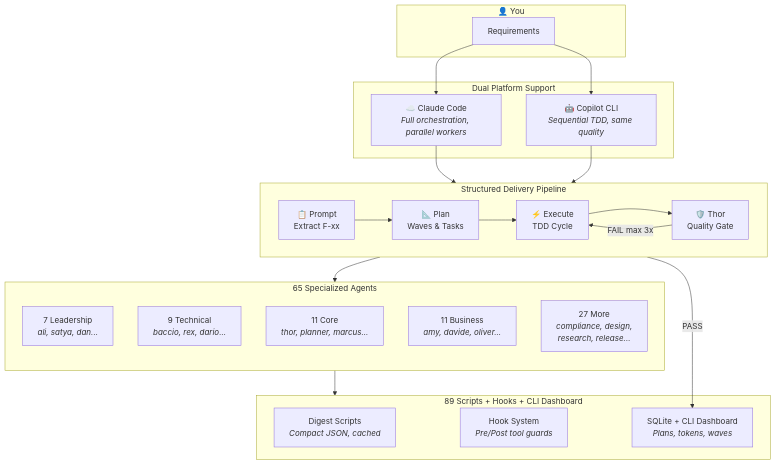
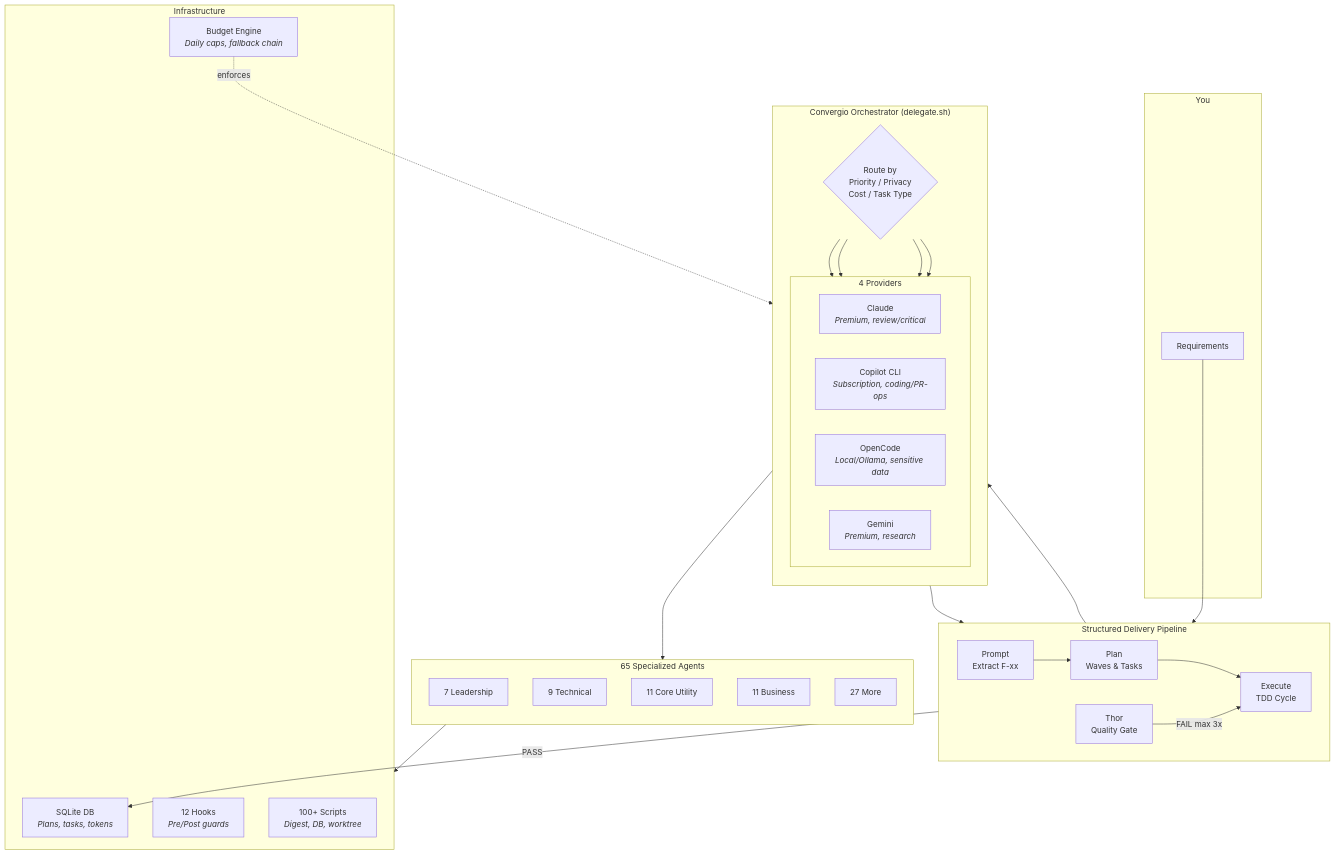
Before and after one commit to Roberdan/MyConvergio: the first of 7 diagrams in README.md, drawn with Mermaid. The commit also changed other lines of this file and 57 other files, not shown here.

First line of the commit message:
feat: Convergio Orchestrator v1 - multi-provider intelligent delegation

````diff
--- a/README.md
+++ b/README.md
@@ -132,41 +129,52 @@
 ```mermaid
 graph TB
-    subgraph USER["👤 You"]
+    subgraph USER["You"]
         REQ[Requirements]
     end
 
-    subgraph PLATFORMS["Dual Platform Support"]
-        CC["☁️ Claude Code<br/><i>Full orchestration, parallel workers</i>"]
-        COP["🤖 Copilot CLI<br/><i>Sequential TDD, same quality</i>"]
+    subgraph PIPELINE["Structured Delivery Pipeline"]
+        direction LR
+        P["Prompt<br/>Extract F-xx"]
+        PL["Plan<br/>Waves & Tasks"]
+        EX["Execute<br/>TDD Cycle"]
+        TH["Thor<br/>Quality Gate"]
     end
 
-    subgraph WORKFLOW["Structured Delivery Pipeline"]
-        direction LR
-        P["📋 Prompt<br/>Extract F-xx"]
-        PL["📐 Plan<br/>Waves & Tasks"]
-        EX["⚡ Execute<br/>TDD Cycle"]
-        TH["🛡️ Thor<br/>Quality Gate"]
+    subgraph ORCHESTRATOR["Convergio Orchestrator (delegate.sh)"]
+        direction TB
+        ROUTE{"Route by<br/>Priority / Privacy<br/>Cost / Task Type"}
+        subgraph PROVIDERS["4 Providers"]
+            direction LR
+            CL["Claude<br/><i>Premium, review/critical</i>"]
+            CO["Copilot CLI<br/><i>Subscription, coding/PR-ops</i>"]
+            OC["OpenCode<br/><i>Local/Ollama, sensitive data</i>"]
+            GE["Gemini<br/><i>Premium, research</i>"]
+        end
+        ROUTE --> CL & CO & OC & GE
     end
 
     subgraph AGENTS["65 Specialized Agents"]
         direction TB
-        L["7 Leadership<br/><i>ali, satya, dan...</i>"]
-        T["9 Technical<br/><i>baccio, rex, dario...</i>"]
-        C["11 Core<br/><i>thor, planner, marcus...</i>"]
-        B["11 Business<br/><i>amy, davide, oliver...</i>"]
-        O["27 More<br/><i>compliance, design,<br/>research, release...</i>"]
+        L["7 Leadership"]
+        T["9 Technical"]
+        C["11 Core Utility"]
+        B["11 Business"]
+        O["27 More"]
     end
 
-    subgraph INFRA["89 Scripts + Hooks + CLI Dashboard"]
-        S["Digest Scripts<br/><i>Compact JSON, cached</i>"]
-        H["Hook System<br/><i>Pre/Post tool guards</i>"]
-        D["SQLite + CLI Dashboard<br/><i>Plans, tokens, waves</i>"]
+    subgraph INFRA["Infrastructure"]
+        DB["SQLite DB<br/><i>Plans, tasks, tokens</i>"]
+        HOOKS["12 Hooks<br/><i>Pre/Post guards</i>"]
+        SCRIPTS["100+ Scripts<br/><i>Digest, DB, worktree</i>"]
+        BUDGET["Budget Engine<br/><i>Daily caps, fallback chain</i>"]
     end
 
-    REQ --> CC & COP
-    CC & COP --> P --> PL --> EX --> TH
-    TH -->|PASS| D
+    REQ --> P --> PL --> EX
+    EX --> ORCHESTRATOR
+    ORCHESTRATOR --> TH
+    TH -->|PASS| DB
     TH -->|FAIL max 3x| EX
-    WORKFLOW --> AGENTS
+    ORCHESTRATOR --> AGENTS
     AGENTS --> INFRA
+    BUDGET -.->|enforces| ROUTE
 ```
````
